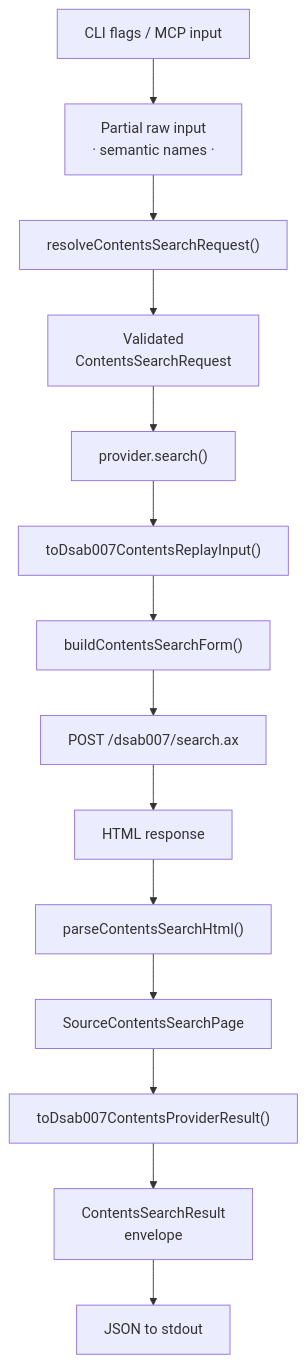
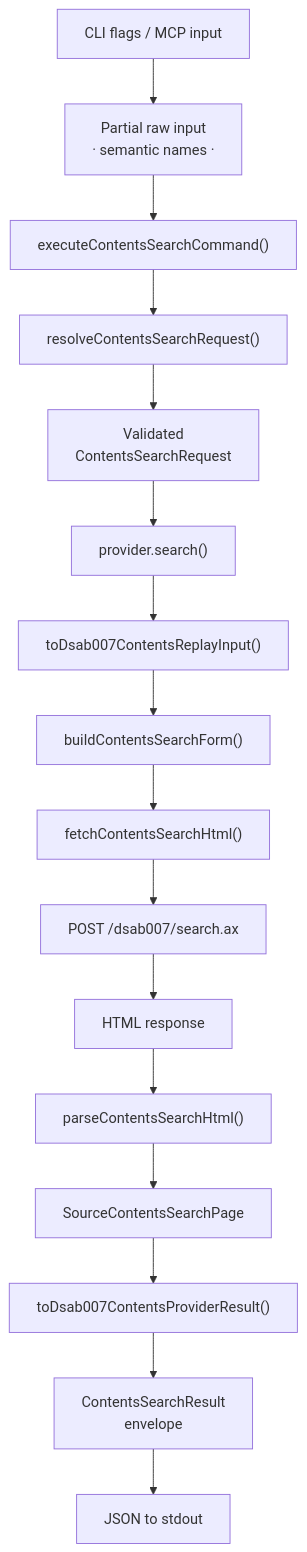
The fourth of 6 diagrams in src/ARCHITECTURE.md (cpaikr/darty), drawn with Mermaid before and after one commit. The commit also changed other lines of this file and 7 other files, not shown here.

Commit message:
Refine contents-search validation and CLI wiring

````diff
--- a/src/ARCHITECTURE.md
+++ b/src/ARCHITECTURE.md
@@ -163,31 +158,35 @@
 ```mermaid
 graph TD
     INPUT["CLI flags / MCP input"]
     PARTIAL["Partial raw input\n· semantic names ·"]
+    CMD["executeContentsSearchCommand()"]
     RESOLVE["resolveContentsSearchRequest()"]
     REQUEST["Validated\nContentsSearchRequest"]
     PROVIDER["provider.search()"]
     TO_REPLAY["toDsab007ContentsReplayInput()"]
     BUILD["buildContentsSearchForm()"]
+    FETCH["fetchContentsSearchHtml()"]
     POST["POST /dsab007/search.ax"]
     HTML["HTML response"]
     PARSE_HTML["parseContentsSearchHtml()"]
     SOURCE_PAGE["SourceContentsSearchPage"]
     TO_RESULT["toDsab007ContentsProviderResult()"]
     ENVELOPE["ContentsSearchResult\nenvelope"]
     OUTPUT["JSON to stdout"]
 
     INPUT --> PARTIAL
-    PARTIAL --> RESOLVE
+    PARTIAL --> CMD
+    CMD --> RESOLVE
     RESOLVE --> REQUEST
     REQUEST --> PROVIDER
     PROVIDER --> TO_REPLAY
     TO_REPLAY --> BUILD
-    BUILD --> POST
+    BUILD --> FETCH
+    FETCH --> POST
     POST --> HTML
     HTML --> PARSE_HTML
     PARSE_HTML --> SOURCE_PAGE
     SOURCE_PAGE --> TO_RESULT
     TO_RESULT --> ENVELOPE
     ENVELOPE --> OUTPUT
 ```
````
